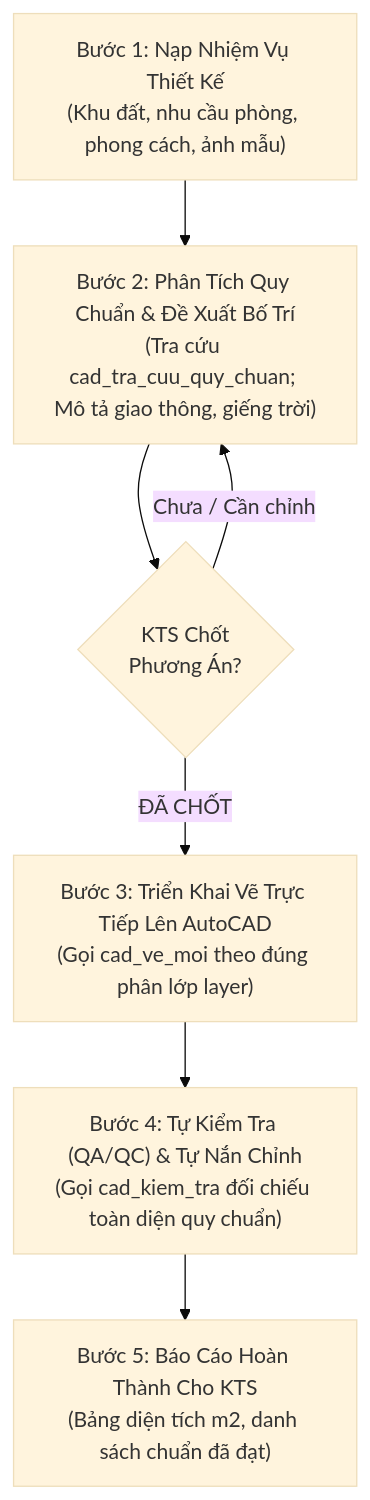
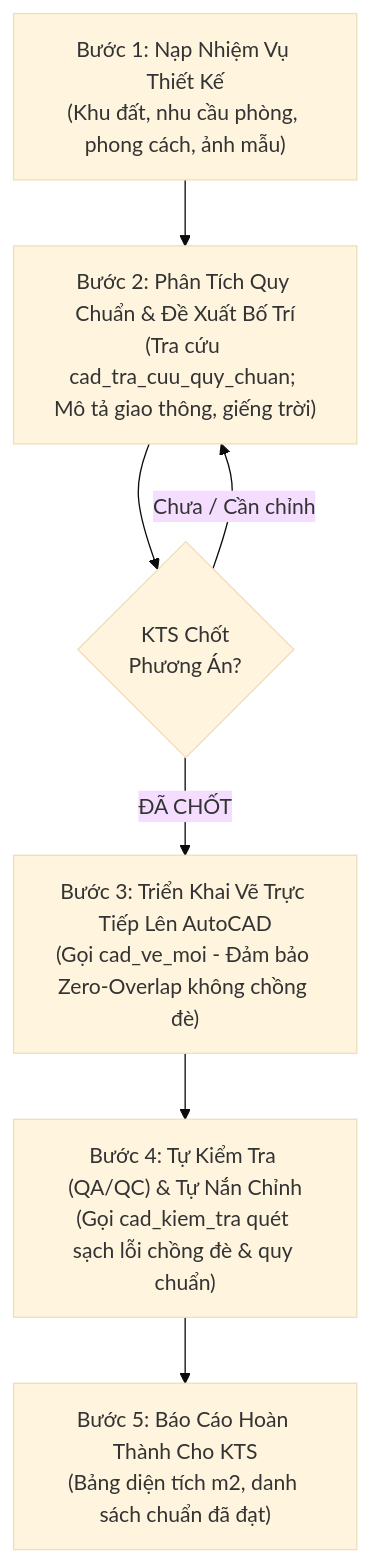
Before and after one commit to haianhdskt-boop/autocad-ai-mcp: the first of 2 diagrams in WORKFLOW.md, drawn with Mermaid (base theme). The commit also changed other lines of this file and 6 other files, not shown here.

Commit message:
feat: enforce zero-overlap and visual clarity constraint across drawing and inspection

````diff
--- a/WORKFLOW.md
+++ b/WORKFLOW.md
@@ -39,9 +69,9 @@
 ```mermaid
 flowchart TD
     A["Bước 1: Nạp Nhiệm Vụ Thiết Kế\n(Khu đất, nhu cầu phòng, phong cách, ảnh mẫu)"] --> B["Bước 2: Phân Tích Quy Chuẩn & Đề Xuất Bố Trí\n(Tra cứu cad_tra_cuu_quy_chuan; Mô tả giao thông, giếng trời)"]
     B --> C{"KTS Chốt\nPhương Án?"}
     C -- "Chưa / Cần chỉnh" --> B
-    C -- "ĐÃ CHỐT" --> D["Bước 3: Triển Khai Vẽ Trực Tiếp Lên AutoCAD\n(Gọi cad_ve_moi theo đúng phân lớp layer)"]
-    D --> E["Bước 4: Tự Kiểm Tra (QA/QC) & Tự Nắn Chỉnh\n(Gọi cad_kiem_tra đối chiếu toàn diện quy chuẩn)"]
+    C -- "ĐÃ CHỐT" --> D["Bước 3: Triển Khai Vẽ Trực Tiếp Lên AutoCAD\n(Gọi cad_ve_moi - Đảm bảo Zero-Overlap không chồng đè)"]
+    D --> E["Bước 4: Tự Kiểm Tra (QA/QC) & Tự Nắn Chỉnh\n(Gọi cad_kiem_tra quét sạch lỗi chồng đè & quy chuẩn)"]
     E --> F["Bước 5: Báo Cáo Hoàn Thành Cho KTS\n(Bảng diện tích m2, danh sách chuẩn đã đạt)"]
 ```
````
